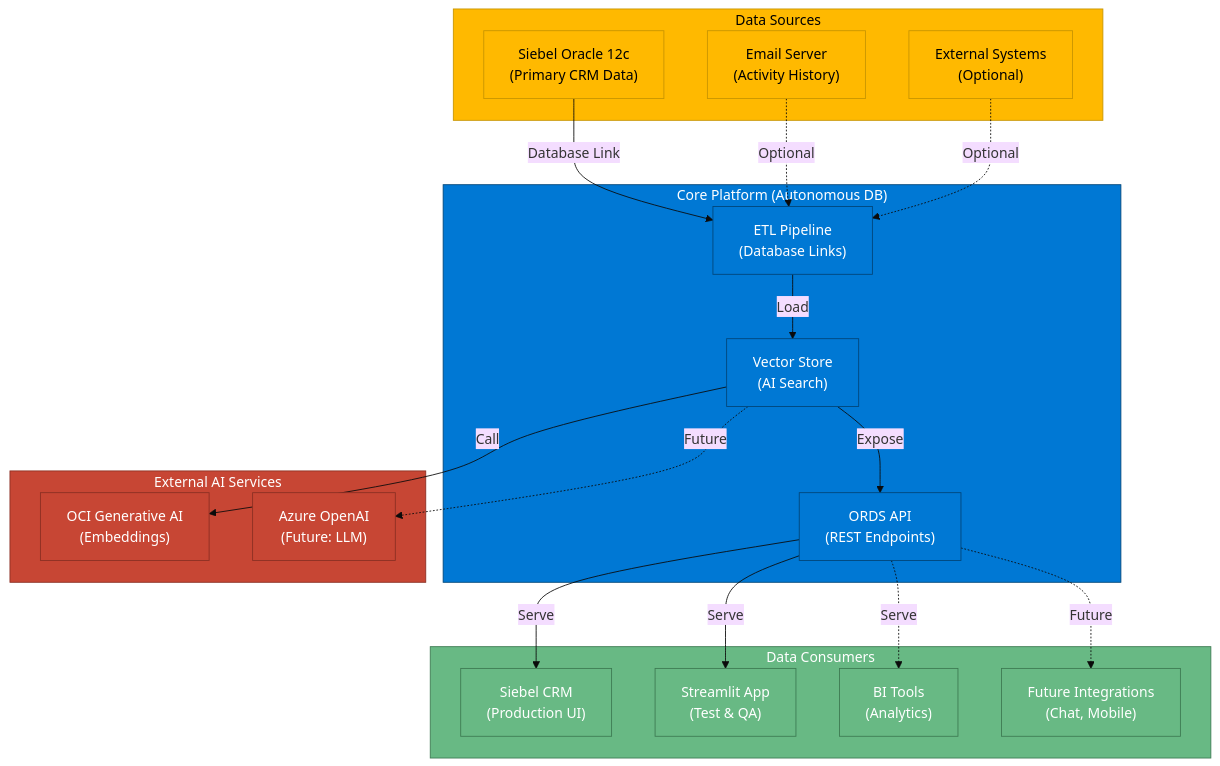
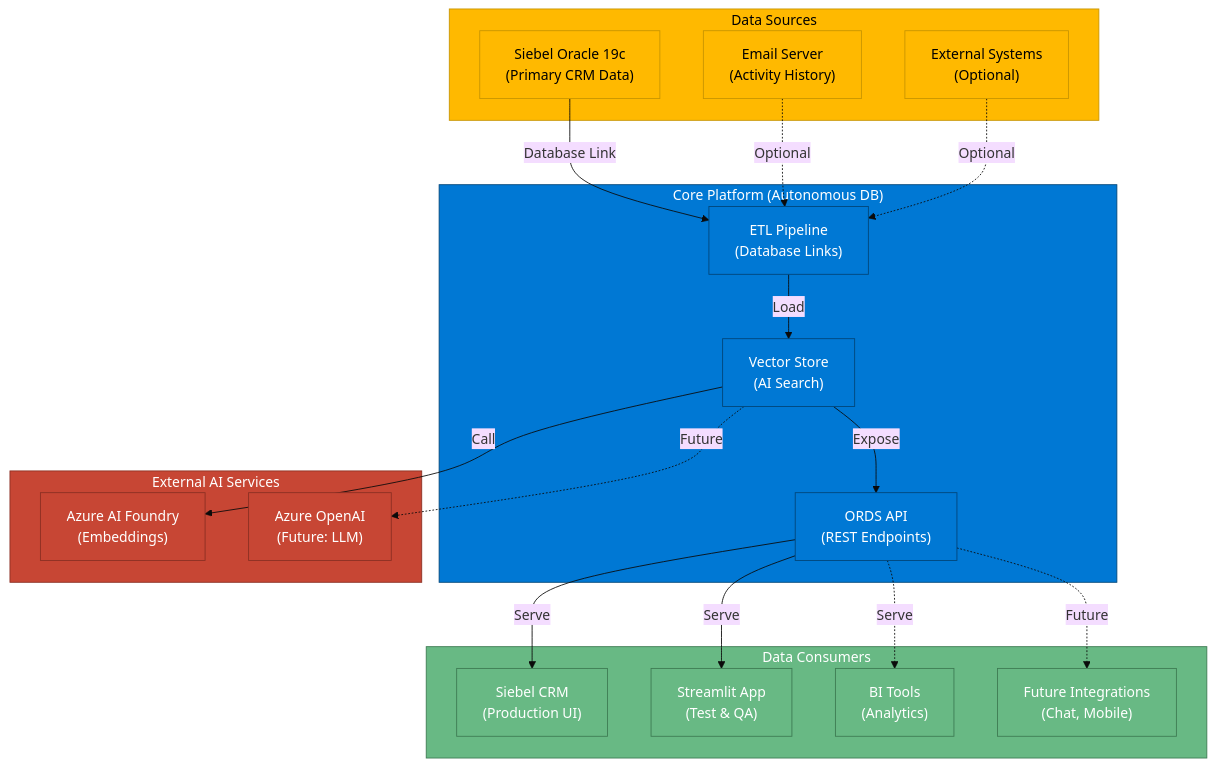
Diagram 17 of 17 in docs/ARCHITECTURE_DIAGRAMS.md (psreek-ai/SiebelCRMSemanticSearch), drawn with Mermaid (base theme) before and after one commit. The commit also changed other lines of this file and 13 other files, not shown here.

````diff
--- a/docs/ARCHITECTURE_DIAGRAMS.md
+++ b/docs/ARCHITECTURE_DIAGRAMS.md
@@ -1073,51 +1090,51 @@
 ```mermaid
 graph TB
     subgraph Sources["Data Sources"]
-        S1["Siebel Oracle 12c<br/>(Primary CRM Data)"]
+        S1["Siebel Oracle 19c<br/>(Primary CRM Data)"]
         S2["Email Server<br/>(Activity History)"]
         S3["External Systems<br/>(Optional)"]
     end
     
     subgraph Core["Core Platform (Autonomous DB)"]
         ETL["ETL Pipeline<br/>(Database Links)"]
         Vector["Vector Store<br/>(AI Search)"]
         API["ORDS API<br/>(REST Endpoints)"]
     end
     
     subgraph Consumers["Data Consumers"]
         C1["Siebel CRM<br/>(Production UI)"]
         C2["Streamlit App<br/>(Test & QA)"]
         C3["BI Tools<br/>(Analytics)"]
         C4["Future Integrations<br/>(Chat, Mobile)"]
     end
     
     subgraph External["External AI Services"]
-        E1["OCI Generative AI<br/>(Embeddings)"]
+        E1["Azure AI Foundry<br/>(Embeddings)"]
         E2["Azure OpenAI<br/>(Future: LLM)"]
     end
     
     S1 -->|Database Link| ETL
     S2 -.->|Optional| ETL
     S3 -.->|Optional| ETL
     
     ETL -->|Load| Vector
     Vector -->|Expose| API
     
     Vector -->|Call| E1
     Vector -.->|Future| E2
     
     API -->|Serve| C1
     API -->|Serve| C2
     API -.->|Serve| C3
     API -.->|Future| C4
     
     classDef source fill:#FFB900,stroke:#C79400,color:#000
     classDef core fill:#0078D4,stroke:#004578,color:#fff
     classDef consumer fill:#68B984,stroke:#3D7A52,color:#fff
     classDef external fill:#C74634,stroke:#8B2F23,color:#fff
     
     class Sources,S1,S2,S3 source
     class Core,ETL,Vector,API core
     class Consumers,C1,C2,C3,C4 consumer
     class External,E1,E2 external
 ```
````
